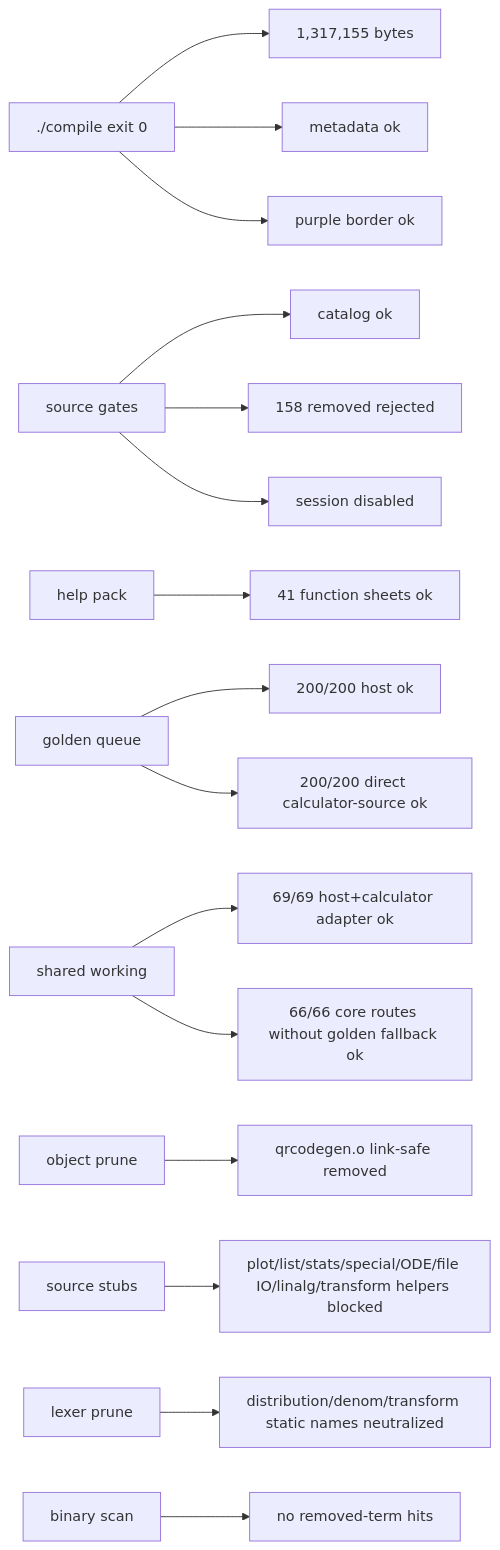
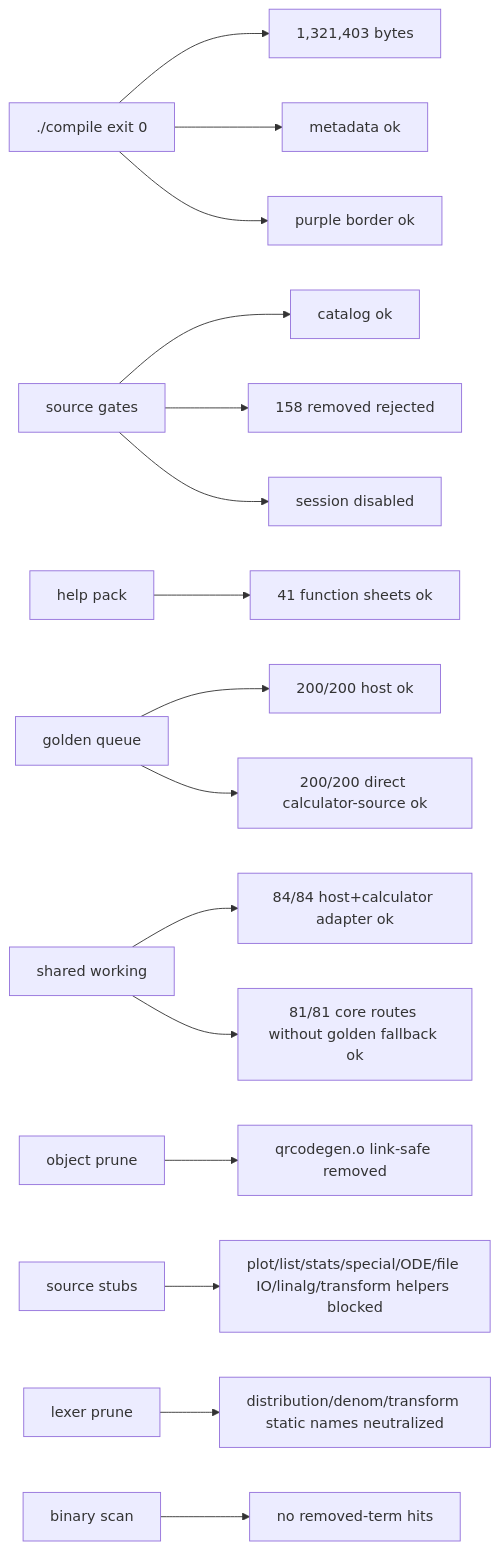
One commit to james8464/notes-addin-casio-fx-cg50 changed the seventh of 7 diagrams in docs/GRAPH.md. Above: the diagram before and after it, drawn with Mermaid. The commit also changed other lines of this file and 6 other files, not shown here.

Commit message:
feat: add exam working routes

````diff
--- a/docs/GRAPH.md
+++ b/docs/GRAPH.md
@@ -139,18 +143,18 @@
 ```mermaid
 graph LR
-  Build["./compile exit 0"] --> Size["1,317,155 bytes"]
+  Build["./compile exit 0"] --> Size["1,321,403 bytes"]
   Build --> Meta["metadata ok"]
   Build --> Border["purple border ok"]
   Source["source gates"] --> Catalog["catalog ok"]
   Source --> Removed["158 removed rejected"]
   Source --> Session["session disabled"]
   Help["help pack"] --> HelpQ["41 function sheets ok"]
   Queue["golden queue"] --> QueueRun["200/200 host ok"]
   Queue --> GoldenRun["200/200 direct calculator-source ok"]
-  Shared["shared working"] --> SharedRun["69/69 host+calculator adapter ok"]
-  Shared --> CoreRun["66/66 core routes without golden fallback ok"]
+  Shared["shared working"] --> SharedRun["84/84 host+calculator adapter ok"]
+  Shared --> CoreRun["81/81 core routes without golden fallback ok"]
   Obj["object prune"] --> QR["qrcodegen.o link-safe removed"]
   Macro["source stubs"] --> Stubbed["plot/list/stats/special/ODE/file IO/linalg/transform helpers blocked"]
   Static["lexer prune"] --> StaticRun["distribution/denom/transform static names neutralized"]
   Bin["binary scan"] --> NoLeak["no removed-term hits"]
 ```
````
